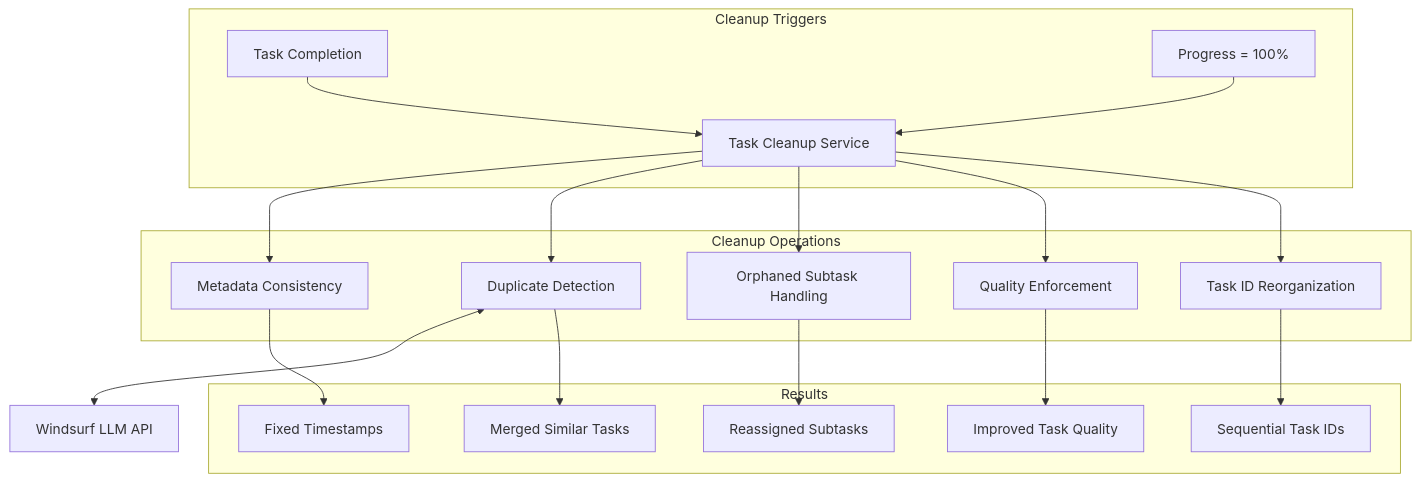
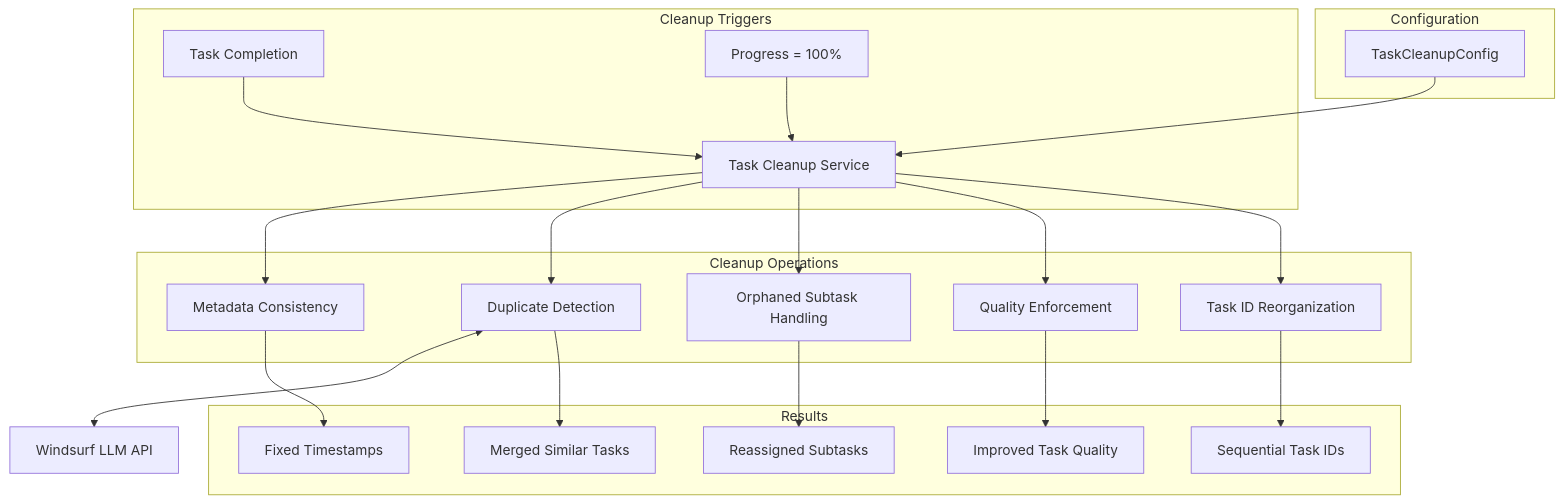
The sixth of 6 diagrams in docs/API.md (htooayelwinict/windsurf-task-master), drawn with Mermaid before and after one commit. The commit also changed other lines of this file and 57 other files, not shown here.

````diff
--- a/docs/API.md
+++ b/docs/API.md
@@ -303,25 +470,29 @@
 ```mermaid
 flowchart TB
     subgraph "Cleanup Triggers"
         T1[Task Completion] --> Cleanup
         T2[Progress = 100%] --> Cleanup
     end
     
     subgraph "Cleanup Operations"
         Cleanup[Task Cleanup Service] --> MD[Metadata Consistency]
         Cleanup --> DD[Duplicate Detection]
         Cleanup --> OS[Orphaned Subtask Handling]
         Cleanup --> QE[Quality Enforcement]
         Cleanup --> RI[Task ID Reorganization]
     end
     
     DD <--> LLM[Windsurf LLM API]
     
     subgraph "Results"
         MD --> R1[Fixed Timestamps]
         DD --> R2[Merged Similar Tasks]
         OS --> R3[Reassigned Subtasks]
         QE --> R4[Improved Task Quality]
         RI --> R5[Sequential Task IDs]
     end
+    
+    subgraph "Configuration"
+        Config[TaskCleanupConfig] --> Cleanup
+    end
 ```
````
